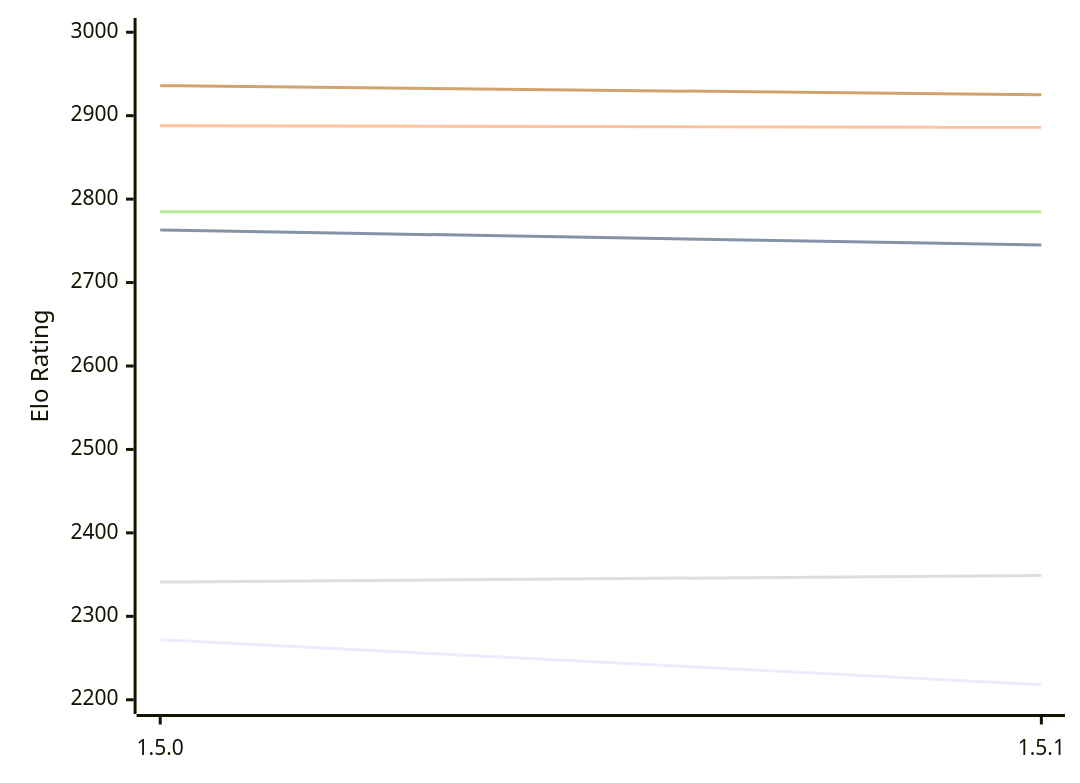
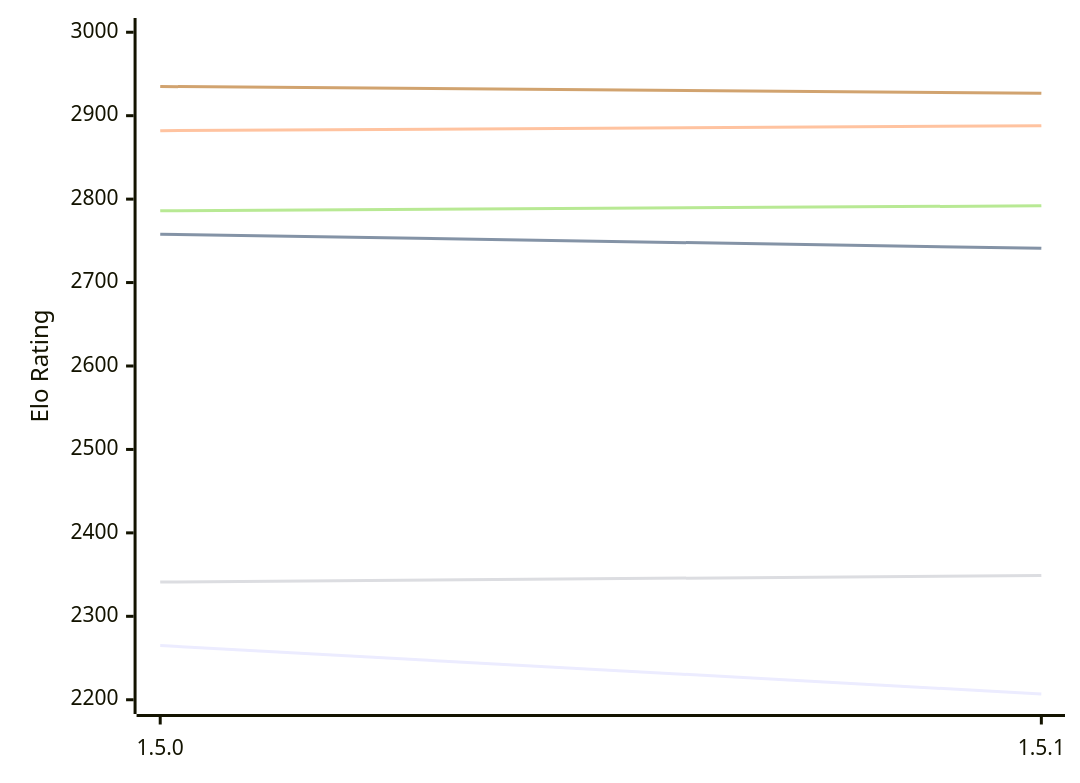
One commit to computer-chess-index/cci changed the first of 2 diagrams in engines/Coco.md. Above: the diagram before and after it, drawn with Mermaid. The commit also changed other lines of this file, not shown here.

Commit message:
Update CCI Ratings (ELO VLTC) - 2026-11-09

````diff
--- a/engines/Coco.md
+++ b/engines/Coco.md
@@ -50,12 +50,12 @@
 ```mermaid
 %%{init: {"theme":"base","themeVariables":{"seriesColors:['#a3a3a3','#222221','#faa371']}}}%%
 xychart-beta
   x-axis ["1.5.0", "1.5.1"]
   y-axis "Elo Rating" 2200 --> 3000
-  line "E1: STC (8.0+0.08s)" [2272, 2218]
-  line "E1: LTC (60.0+0.60s)" [2763, 2745]
-  line "E1: VLTC (2m24s+1.12s)" [2888, 2886]
+  line "E1: STC (8.0+0.08s)" [2265, 2207]
+  line "E1: LTC (60.0+0.60s)" [2758, 2741]
+  line "E1: VLTC (2m24s+1.12s)" [2882, 2888]
   line "P1: STC (8.0+0.08s)" [2341, 2349]
-  line "P1: LTC (60.0+0.60s)" [2785, 2785]
-  line "P1: VLTC (2m24s+1.12s)" [2936, 2925]
+  line "P1: LTC (60.0+0.60s)" [2786, 2792]
+  line "P1: VLTC (2m24s+1.12s)" [2935, 2927]
 ```
````
